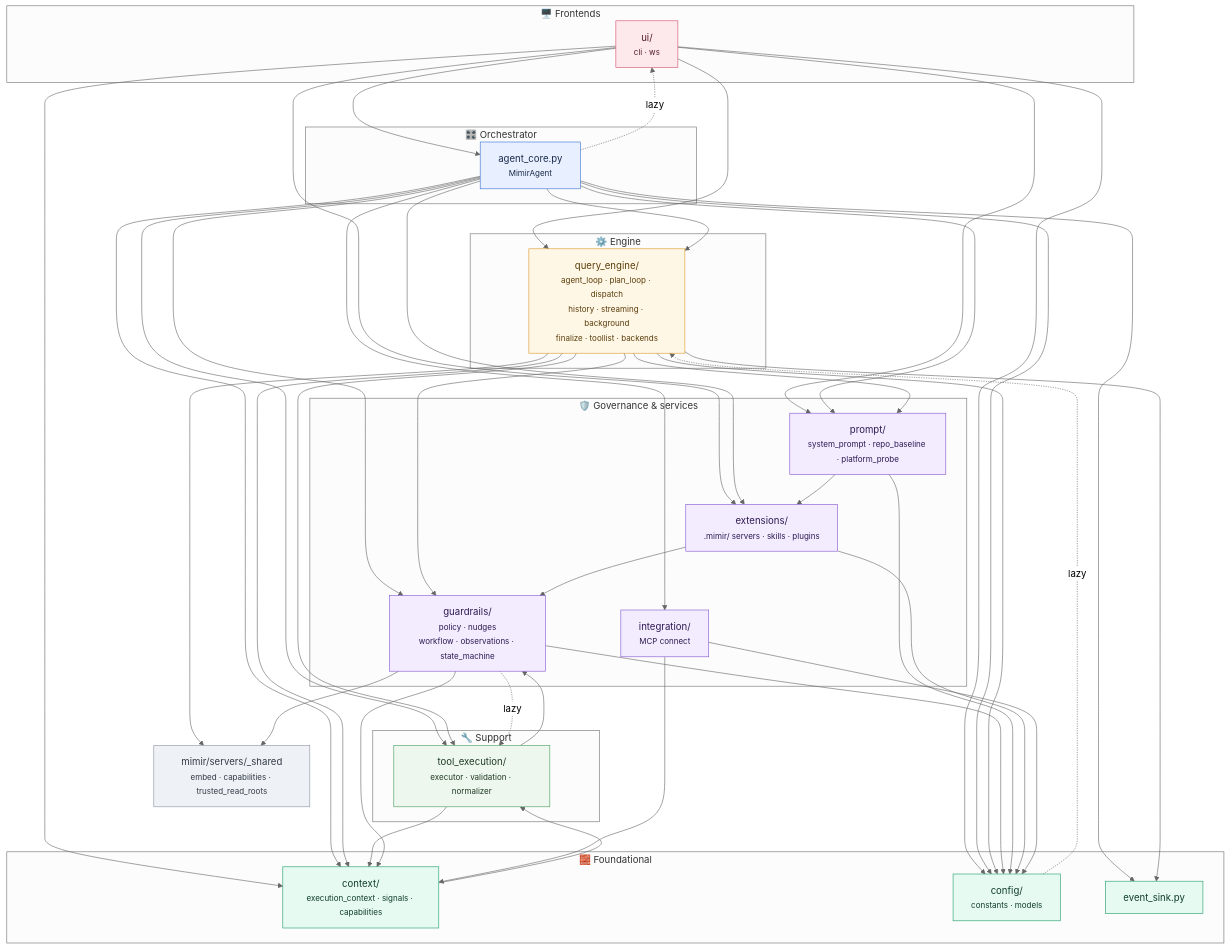
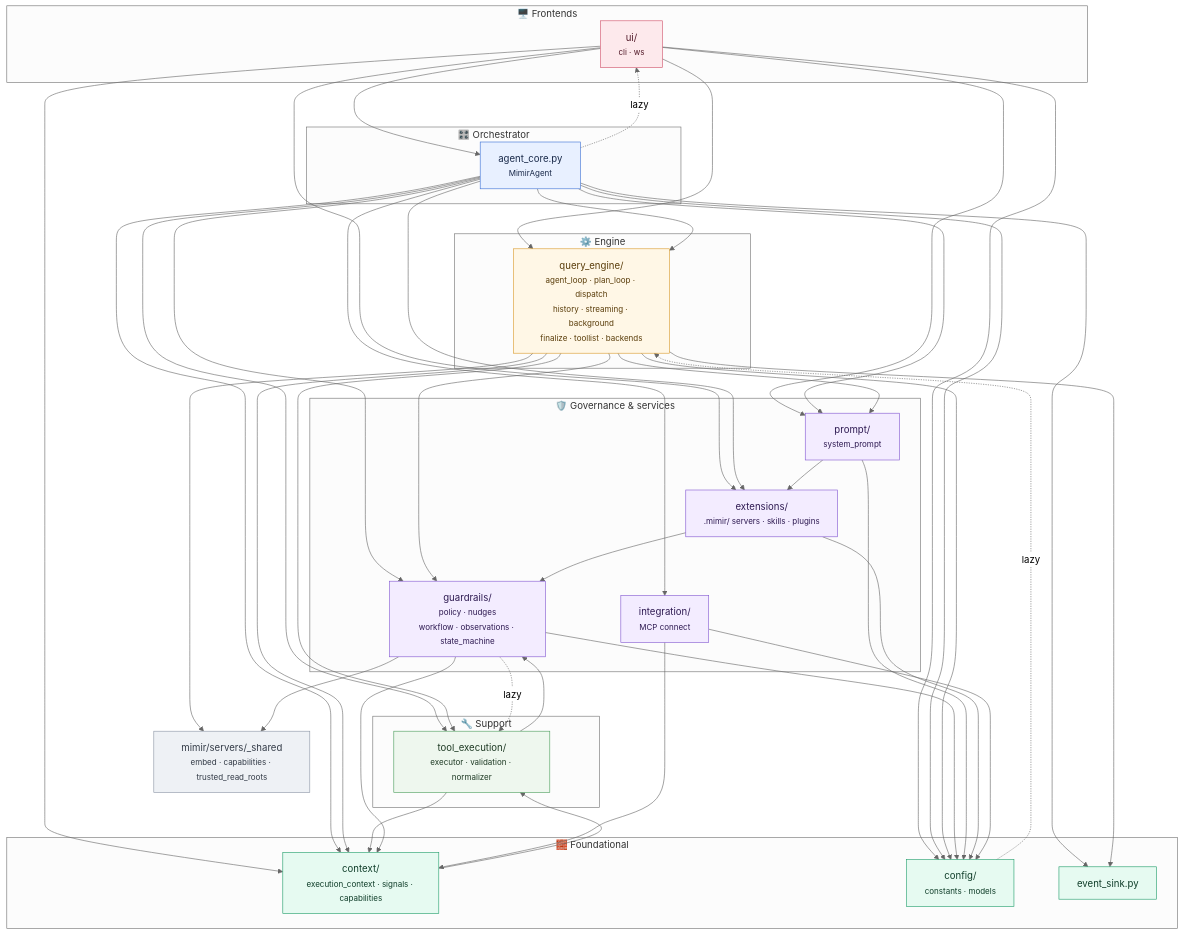
One commit to MIMIR-LLM4CSE/MIMIR changed the diagram in ARCHITECTURE.md. Above: the diagram before and after it, drawn with Mermaid (neutral theme). The commit also changed 113 other files, not shown here.

```diff
--- a/ARCHITECTURE.md
+++ b/ARCHITECTURE.md
@@ -21,7 +21,7 @@
     end
     subgraph GOV["🛡️ Governance &amp; services"]
         guard["guardrails/<br/><small>policy · nudges<br/>workflow · observations · state_machine</small>"]
-        prompt["prompt/<br/><small>system_prompt · repo_baseline · platform_probe</small>"]
+        prompt["prompt/<br/><small>system_prompt</small>"]
         ext["extensions/<br/><small>.mimir/ servers · skills · plugins</small>"]
         integ["integration/<br/><small>MCP connect</small>"]
     end
```
